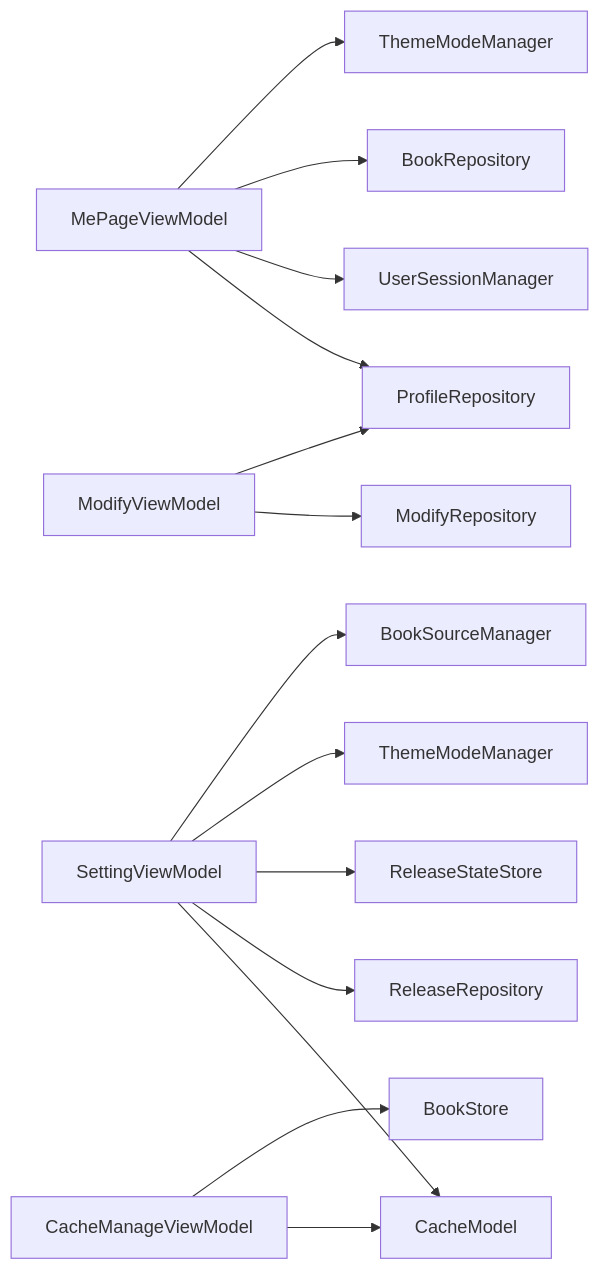
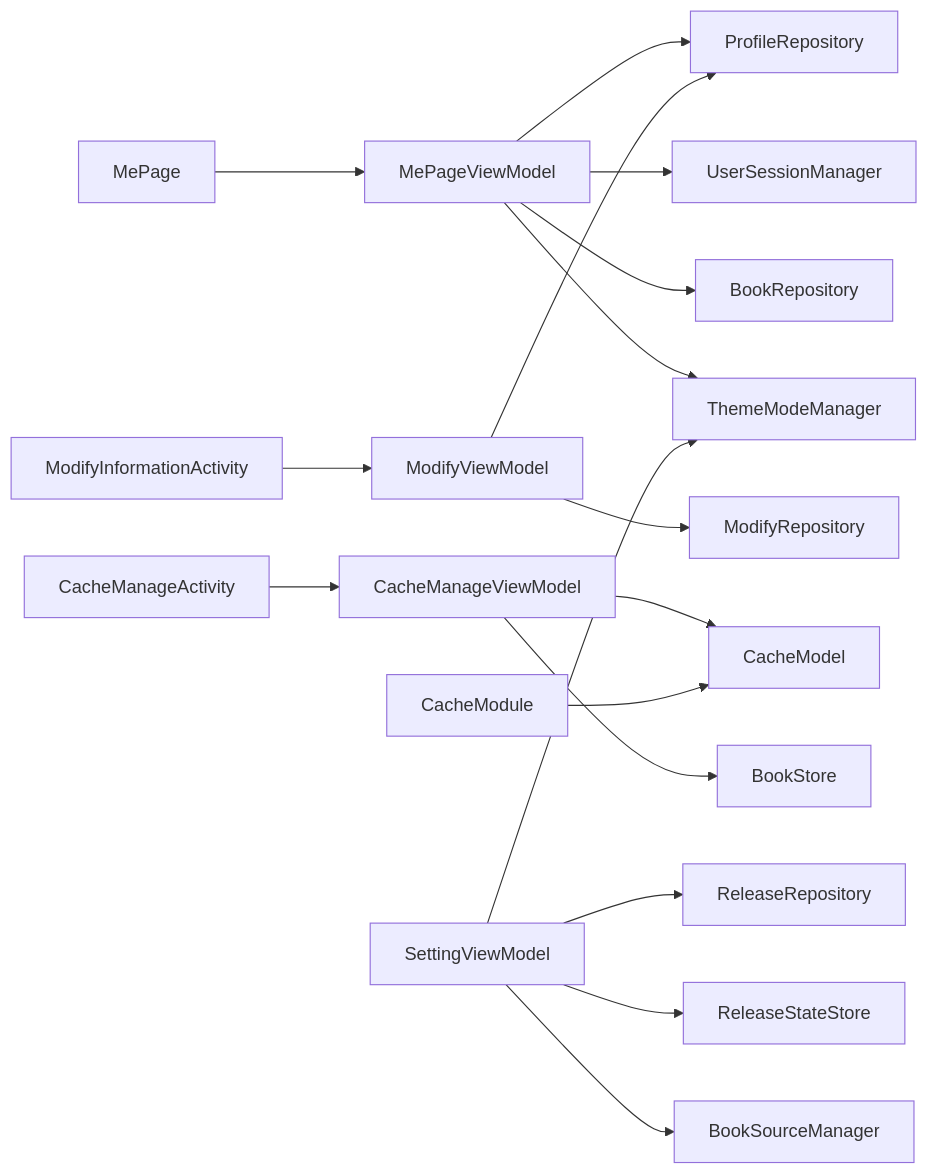
One commit to xrn1997/android-ebook changed the eighth of 8 diagrams in .qoder/repowiki/zh/content/核心模块/个人中心模块 (module_me)/个人中心模块 (module_me).md. Above: the diagram before and after it, drawn with Mermaid. The commit also changed other lines of this file and 456 other files, not shown here.

````diff
--- a/.qoder/repowiki/zh/content/核心模块/个人中心模块 (module_me)/个人中心模块 (module_me).md
+++ b/.qoder/repowiki/zh/content/核心模块/个人中心模块 (module_me)/个人中心模块 (module_me).md
@@ -330,19 +388,23 @@
 ```mermaid
 graph LR
-  VM1["MePageViewModel"] --> P1["ProfileRepository"]
-  VM1 --> P2["UserSessionManager"]
-  VM1 --> P3["BookRepository"]
-  VM1 --> P4["ThemeModeManager"]
+    MePage --> MePageViewModel
+    MePageViewModel --> ProfileRepository
+    MePageViewModel --> UserSessionManager
+    MePageViewModel --> BookRepository
+    MePageViewModel --> ThemeModeManager
 
-  VM2["SettingViewModel"] --> M1["CacheModel"]
-  VM2 --> R1["ReleaseRepository"]
-  VM2 --> R2["ReleaseStateStore"]
-  VM2 --> T1["ThemeModeManager"]
-  VM2 --> S1["BookSourceManager"]
+    ModifyInformationActivity --> ModifyViewModel
+    ModifyViewModel --> ModifyRepository
+    ModifyViewModel --> ProfileRepository
 
-  VM3["CacheManageViewModel"] --> M1
-  VM3 --> BS["BookStore"]
+    CacheManageActivity --> CacheManageViewModel
+    CacheManageViewModel --> CacheModel
+    CacheManageViewModel --> BookStore
 
-  VM4["ModifyViewModel"] --> MR["ModifyRepository"]
-  VM4 --> P1
+    SettingViewModel --> ReleaseRepository
+    SettingViewModel --> ReleaseStateStore
+    SettingViewModel --> ThemeModeManager
+    SettingViewModel --> BookSourceManager
+
+    CacheModule --> CacheModel
 ```
````
